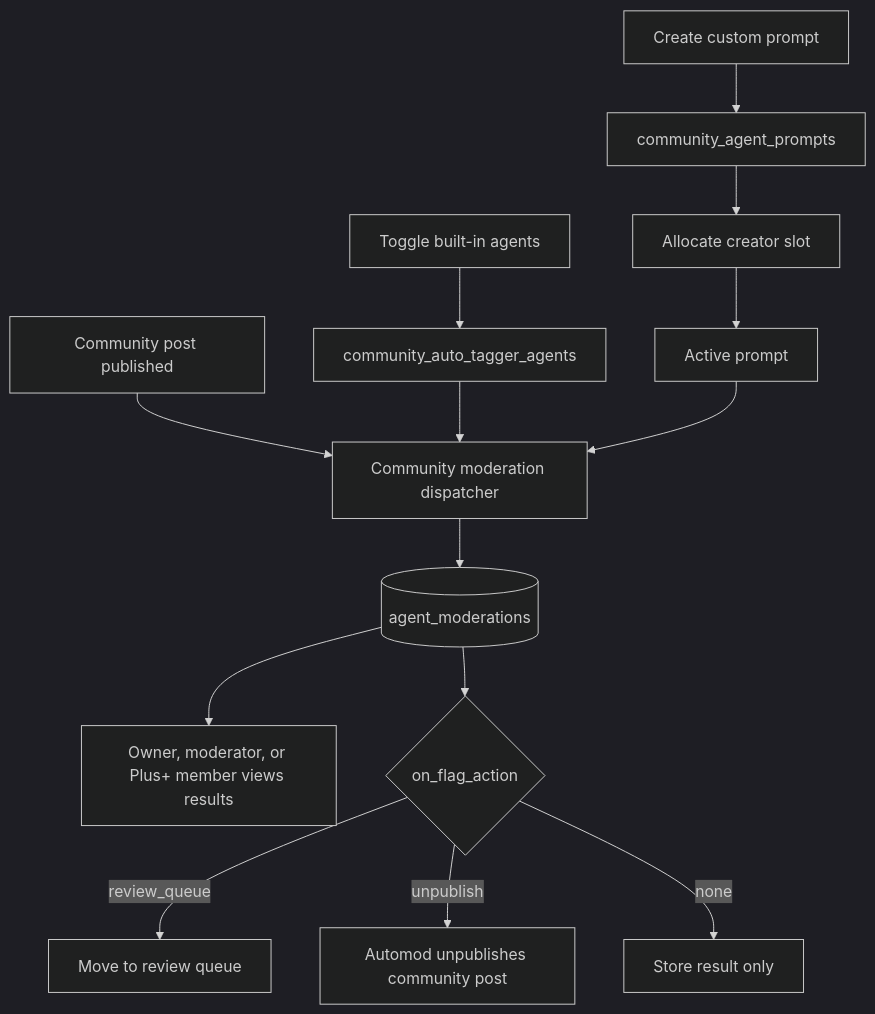
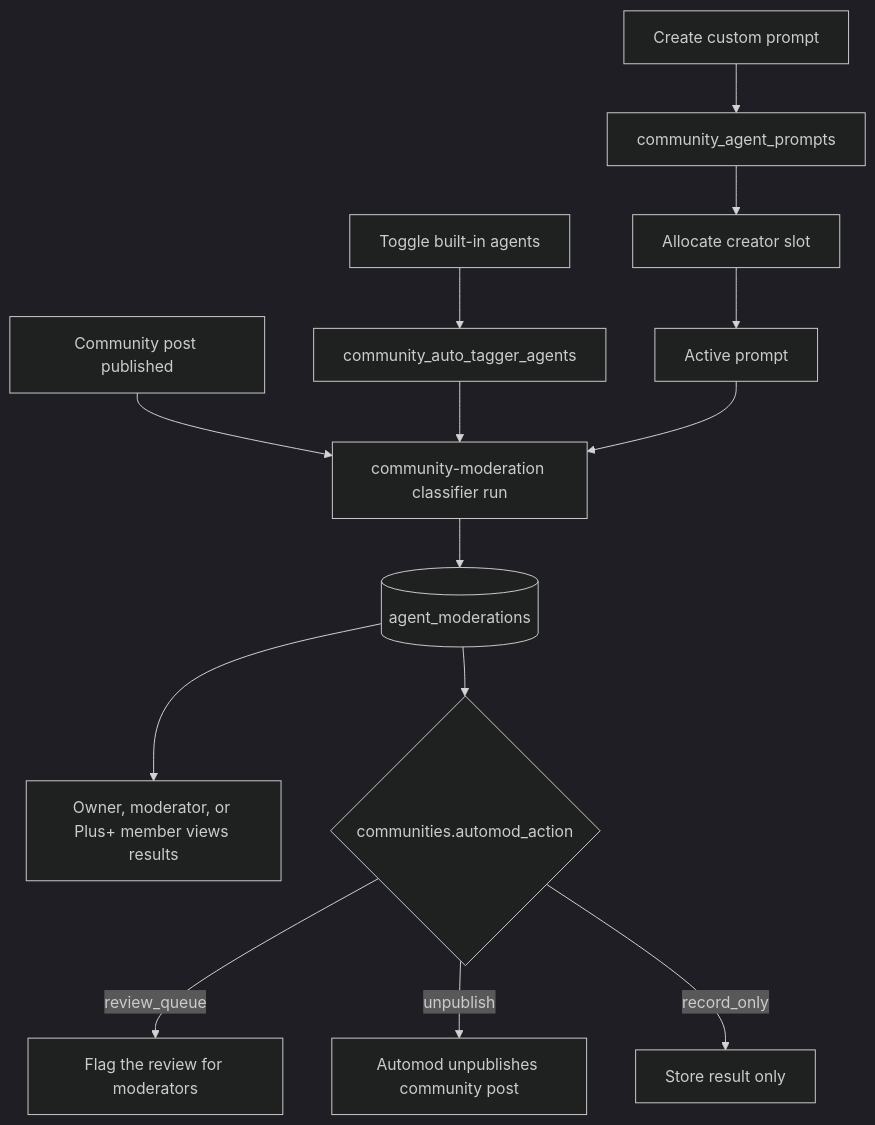
The diagram in docs/requirements/moderation/reference-community-moderation-overview.md (vouchington/vouchington), drawn with Mermaid (dark theme) before and after one commit. The commit also changed other lines of this file and 170 other files, not shown here.

First line of the commit message:
feat(communities): run community moderation as a classifier with an automod action

````diff
--- a/docs/requirements/moderation/reference-community-moderation-overview.md
+++ b/docs/requirements/moderation/reference-community-moderation-overview.md
@@ -7,16 +7,16 @@
 ```mermaid
 flowchart TD
   Toggle[Toggle built-in agents] --> Builtins[community_auto_tagger_agents]
   Create[Create custom prompt] --> Prompt[community_agent_prompts]
   Prompt --> Allocate[Allocate creator slot]
   Allocate --> Active[Active prompt]
-  Post[Community post published] --> Dispatcher[Community moderation dispatcher]
-  Builtins --> Dispatcher
-  Active --> Dispatcher
-  Dispatcher --> Results[(agent_moderations)]
+  Post[Community post published] --> Run[community-moderation classifier run]
+  Builtins --> Run
+  Active --> Run
+  Run --> Results[(agent_moderations)]
   Results --> View[Owner, moderator, or Plus+ member views results]
-  Results --> Flag{on_flag_action}
-  Flag -- review_queue --> Review[Move to review queue]
+  Results --> Flag{communities.automod_action}
+  Flag -- review_queue --> Review[Flag the review for moderators]
   Flag -- unpublish --> Unpublish[Automod unpublishes community post]
-  Flag -- none --> Store[Store result only]
+  Flag -- record_only --> Store[Store result only]
 ```
````
